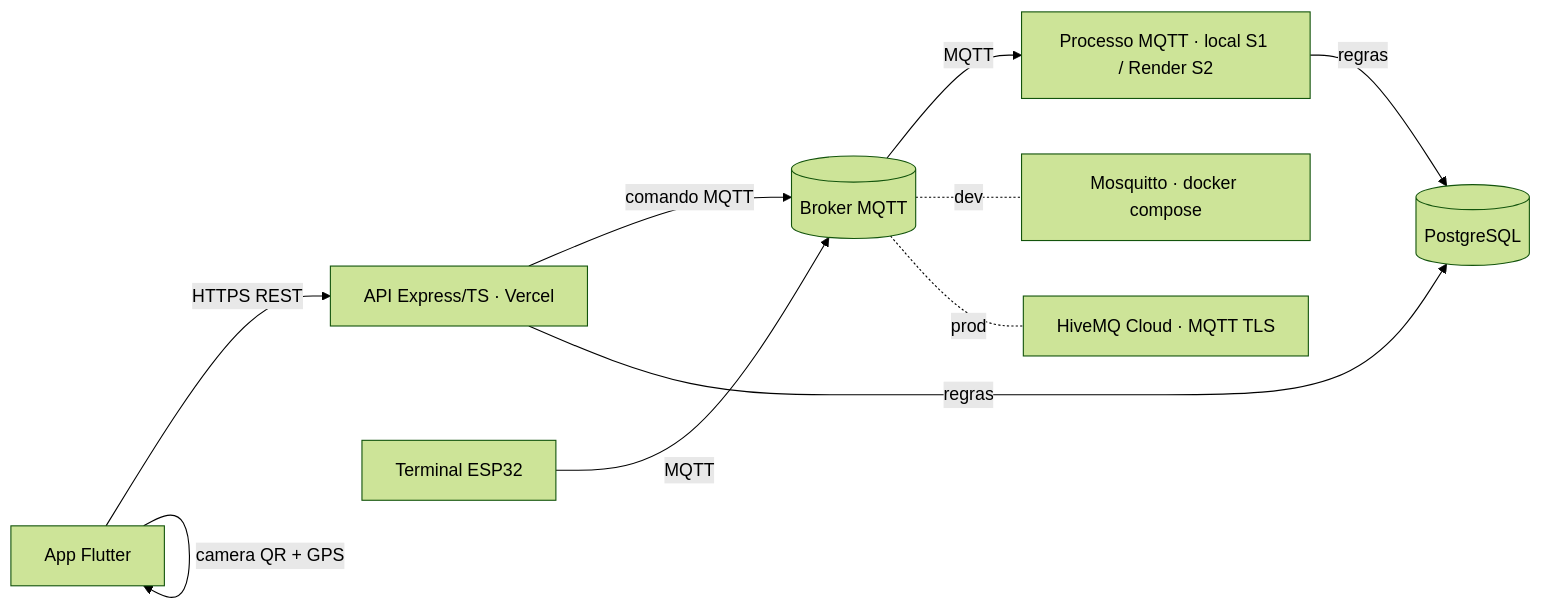
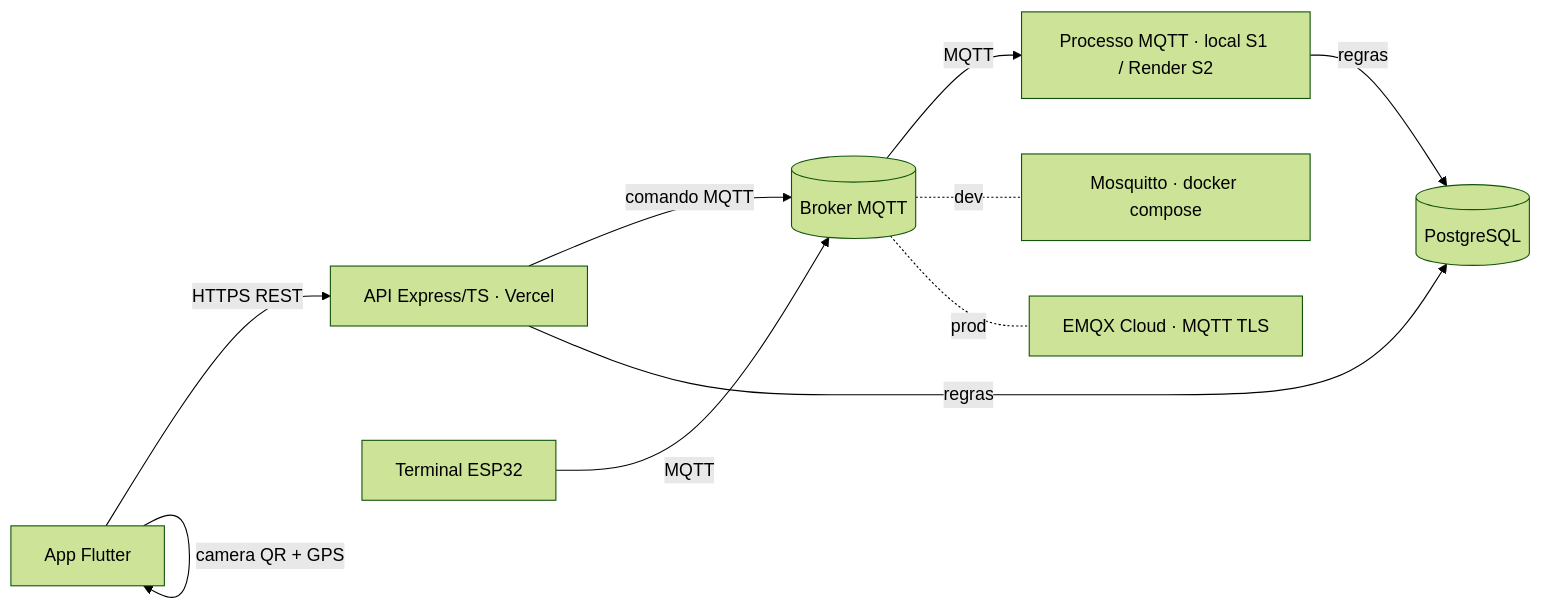
One commit to ErrorSquad-ABP/ABP4-Sistema-Controle-Acesso changed the diagram in docs/architecture/visao-geral.md. Above: the diagram before and after it, drawn with Mermaid (forest theme). The commit also changed other lines of this file and 7 other files, not shown here.

First line of the commit message:
docs: troca o broker de producao do HiveMQ para o EMQX Cloud

````diff
--- a/docs/architecture/visao-geral.md
+++ b/docs/architecture/visao-geral.md
@@ -9,12 +9,12 @@
 ```mermaid
 flowchart LR
   A[App Flutter] -- HTTPS REST --> B[API Express/TS · Vercel]
   A -- camera QR + GPS --> A
   T[Terminal ESP32] -- MQTT --> M[(Broker MQTT)]
   M -- MQTT --> W[Processo MQTT · local S1 / Render S2]
   B -- comando MQTT --> M
   B -- regras --> DB[(PostgreSQL)]
   W -- regras --> DB
   M -. dev .- MD[Mosquitto · docker compose]
-  M -. prod .- MP[HiveMQ Cloud · MQTT TLS]
+  M -. prod .- MP[EMQX Cloud · MQTT TLS]
 ```
````
